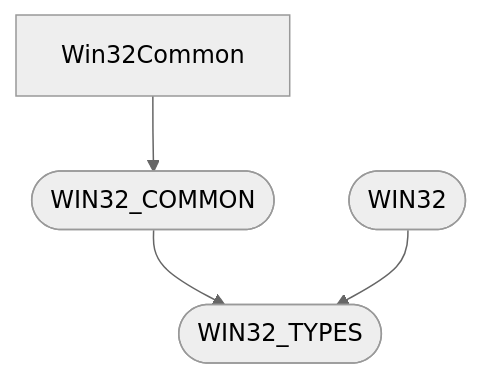
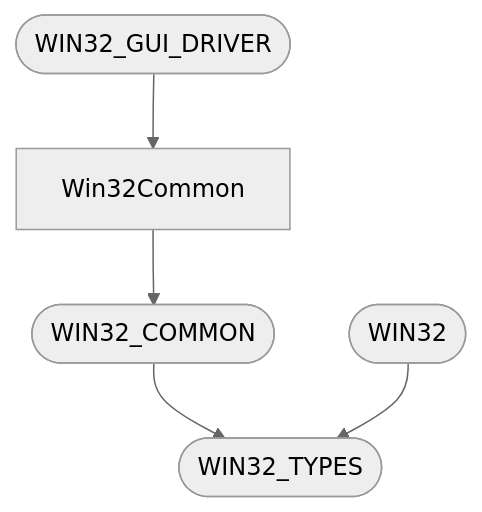
Before and after one commit to ruudkoot/rune: the second of 2 diagrams in docs/lib/ffi/win32/common/depends.md, drawn with Mermaid (neutral theme). The commit also changed other lines of this file and 19 other files, not shown here.

Commit message:
Specify the shared SDL and mock GUI driver boundary

````diff
--- a/docs/lib/ffi/win32/common/depends.md
+++ b/docs/lib/ffi/win32/common/depends.md
@@ -31,10 +31,12 @@
 ```mermaid
 flowchart TD
   n0(["WIN32_TYPES"])
   n1(["WIN32_COMMON"])
   n2["Win32Common"]
-  n3(["WIN32"])
+  n3(["WIN32_GUI_DRIVER"])
+  n4(["WIN32"])
   n1 --> n0
   n2 --> n1
-  n3 --> n0
+  n3 --> n2
+  n4 --> n0
 ```
````
